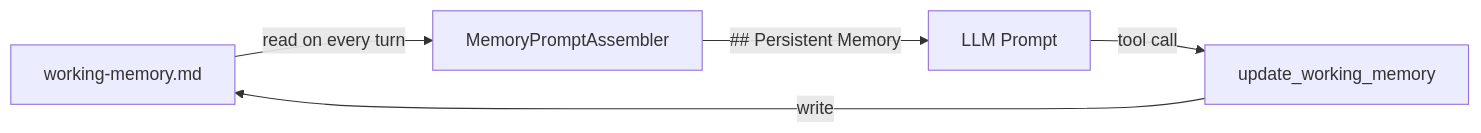
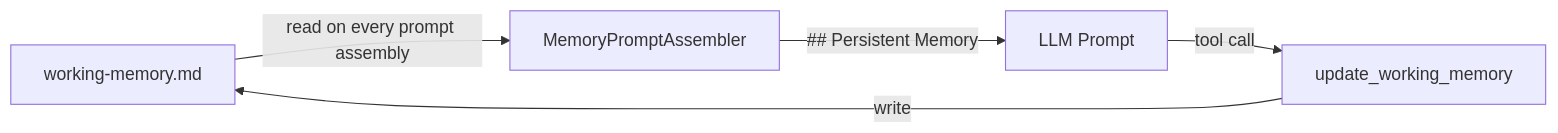
Before and after one commit to framerslab/agentos: the diagram in docs/memory/WORKING_MEMORY.md, drawn with Mermaid. The commit also changed other lines of this file and 6 other files, not shown here.

First line of the commit message:
docs: correct the style-transfer, working-memory, skills, retriever and cache-diagnostics pages

````diff
--- a/docs/memory/WORKING_MEMORY.md
+++ b/docs/memory/WORKING_MEMORY.md
@@ -18,7 +43,7 @@
 ```mermaid
 flowchart LR
-  A[working-memory.md] -->|read on every turn| B[MemoryPromptAssembler]
+  A[working-memory.md] -->|read on every prompt assembly| B[MemoryPromptAssembler]
   B -->|"## Persistent Memory"| C[LLM Prompt]
   C -->|tool call| D[update_working_memory]
   D -->|write| A
 ```
````
